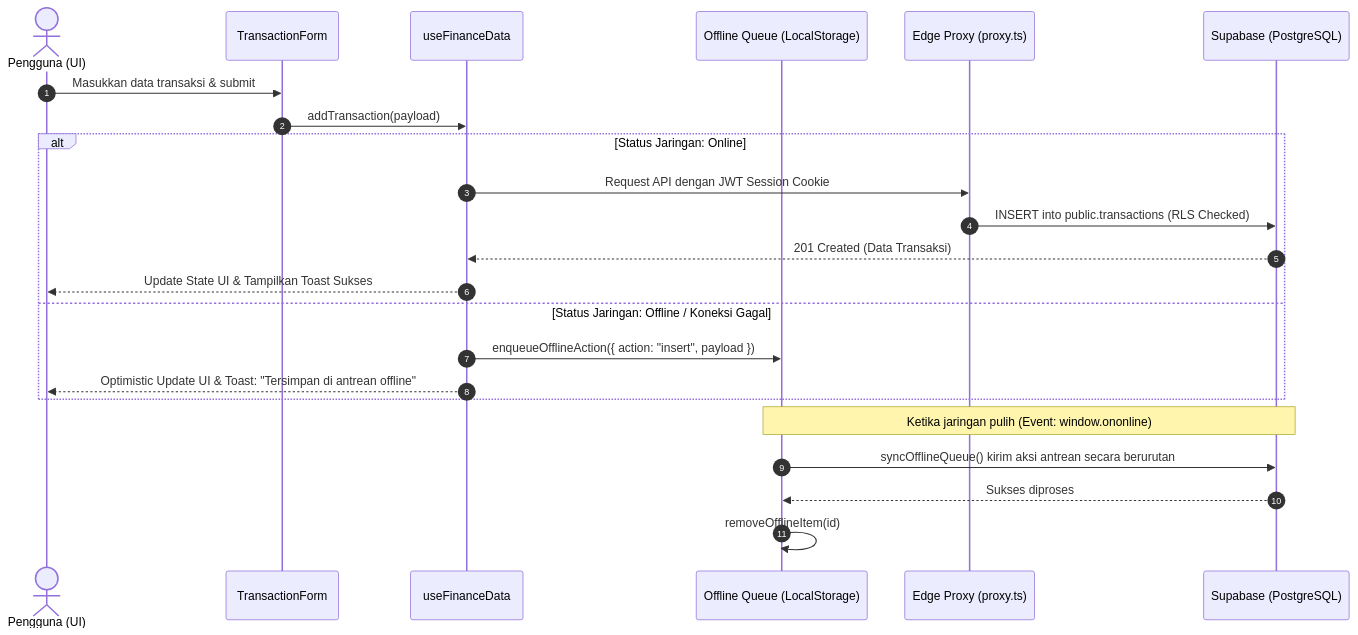
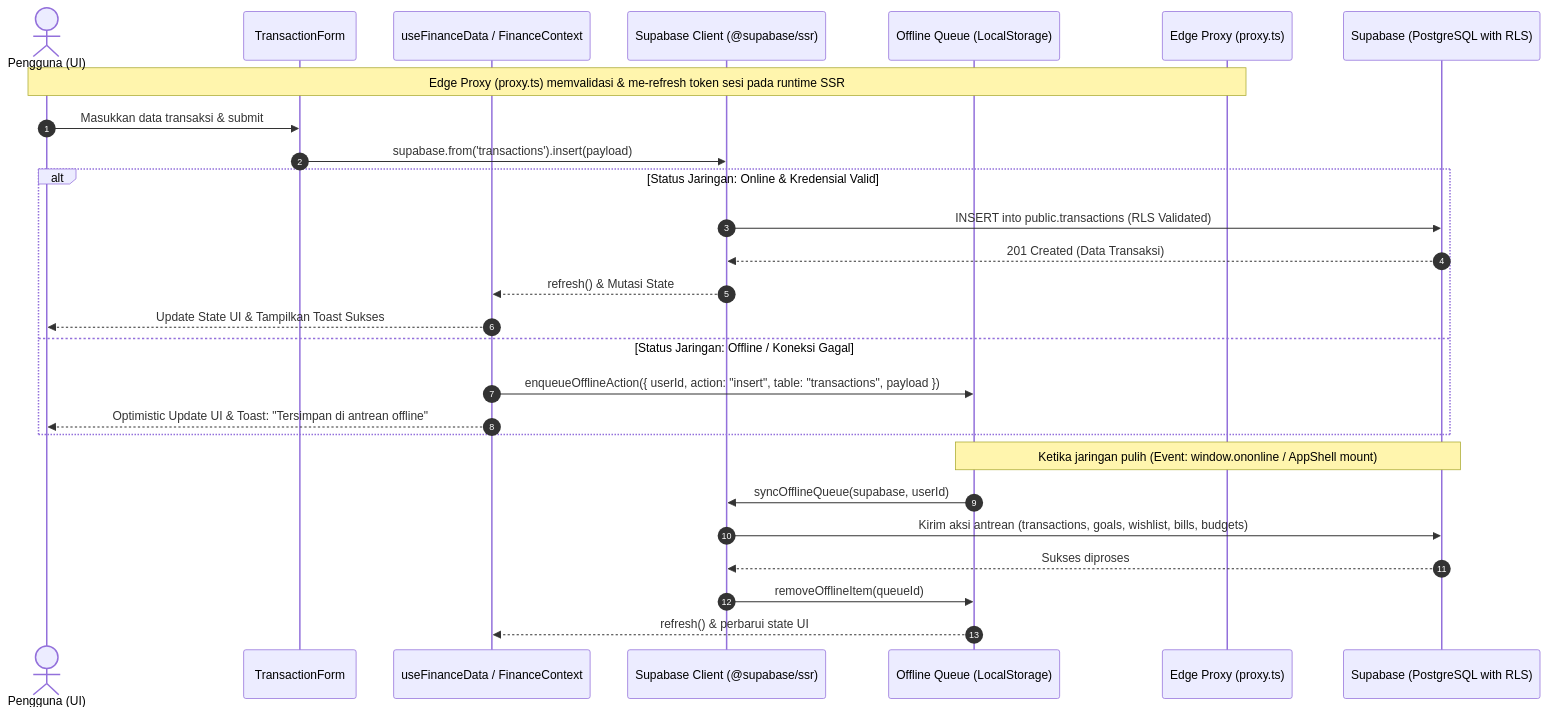
The diagram in docs/API_AND_DATA_FLOW.md (rhaffle87/cukupin), drawn with Mermaid before and after one commit. The commit also changed other lines of this file and 5 other files, not shown here.

````diff
--- a/docs/API_AND_DATA_FLOW.md
+++ b/docs/API_AND_DATA_FLOW.md
@@ -9,27 +9,31 @@
 ```mermaid
 sequenceDiagram
     autonumber
     actor User as Pengguna (UI)
     participant Form as TransactionForm
-    participant Hook as useFinanceData
+    participant Hook as useFinanceData / FinanceContext
+    participant Client as Supabase Client (@supabase/ssr)
     participant Queue as Offline Queue (LocalStorage)
     participant Edge as Edge Proxy (proxy.ts)
-    participant DB as Supabase (PostgreSQL)
+    participant DB as Supabase (PostgreSQL with RLS)
 
+    Note over User,Edge: Edge Proxy (proxy.ts) memvalidasi & me-refresh token sesi pada runtime SSR
     User->>Form: Masukkan data transaksi & submit
-    Form->>Hook: addTransaction(payload)
-    alt Status Jaringan: Online
-        Hook->>Edge: Request API dengan JWT Session Cookie
-        Edge->>DB: INSERT into public.transactions (RLS Checked)
-        DB-->>Hook: 201 Created (Data Transaksi)
+    Form->>Client: supabase.from('transactions').insert(payload)
+    alt Status Jaringan: Online & Kredensial Valid
+        Client->>DB: INSERT into public.transactions (RLS Validated)
+        DB-->>Client: 201 Created (Data Transaksi)
+        Client-->>Hook: refresh() & Mutasi State
         Hook-->>User: Update State UI & Tampilkan Toast Sukses
     else Status Jaringan: Offline / Koneksi Gagal
-        Hook->>Queue: enqueueOfflineAction({ action: "insert", payload })
+        Hook->>Queue: enqueueOfflineAction({ userId, action: "insert", table: "transactions", payload })
         Hook-->>User: Optimistic Update UI & Toast: "Tersimpan di antrean offline"
     end
 
-    Note over Queue,DB: Ketika jaringan pulih (Event: window.ononline)
-    Queue->>DB: syncOfflineQueue() kirim aksi antrean secara berurutan
-    DB-->>Queue: Sukses diproses
-    Queue->>Queue: removeOfflineItem(id)
+    Note over Queue,DB: Ketika jaringan pulih (Event: window.ononline / AppShell mount)
+    Queue->>Client: syncOfflineQueue(supabase, userId)
+    Client->>DB: Kirim aksi antrean (transactions, goals, wishlist, bills, budgets)
+    DB-->>Client: Sukses diproses
+    Client->>Queue: removeOfflineItem(queueId)
+    Queue-->>Hook: refresh() & perbarui state UI
 ```
````
